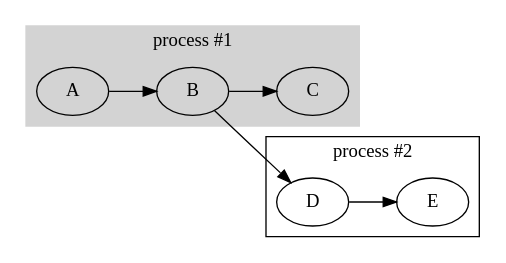
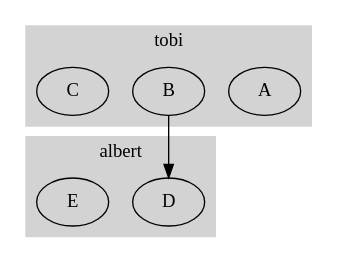
The diagram in doc/Swimlane.dot (fujaba/SDMLib), drawn with Graphviz before and after one commit. The commit also changed 21 other files, not shown here.

Commit message:
swimlane diagrams (parallel), refactoring: renamed handel to handle

```diff
--- a/doc/Swimlane.dot
+++ b/doc/Swimlane.dot
@@ -1,17 +1,20 @@
- digraph ClassDiagram {
-    graph[rankdir = "LR"];
-    
-    subgraph cluster1 {
+ digraph SwimLaneDiagram {    
+ 
+    subgraph clustertobi {
+    	rankdir = "LR";
     	style=filled;
 		color=lightgrey;
-    	A -> B -> C;
-    	label = "process #1";
+    	A B C; 
+    	label = "tobi";
     }
     
-    subgraph cluster2 {
-    	D -> E;
-    	label = "process #2";
+    subgraph clusteralbert {
+    	rankdir = "LR";
+    	style=filled;
+		color=lightgrey;
+    	D E; 
+    	label = "albert";
     }
    
     B -> D;
 }
```
